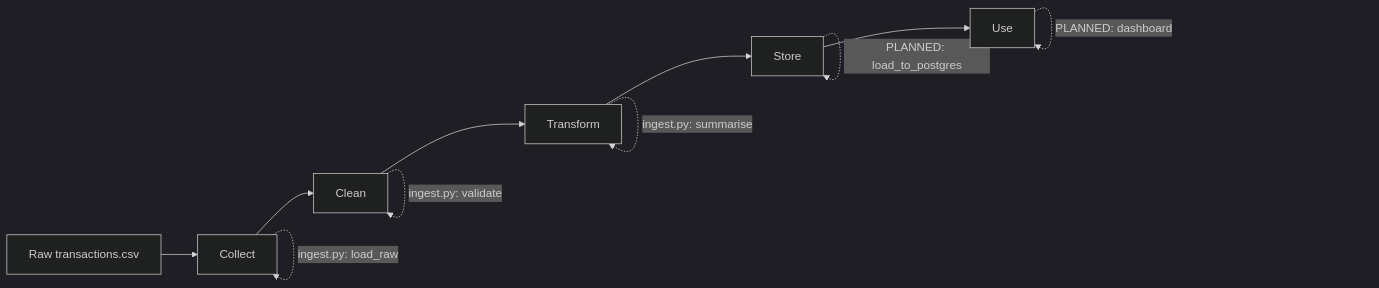
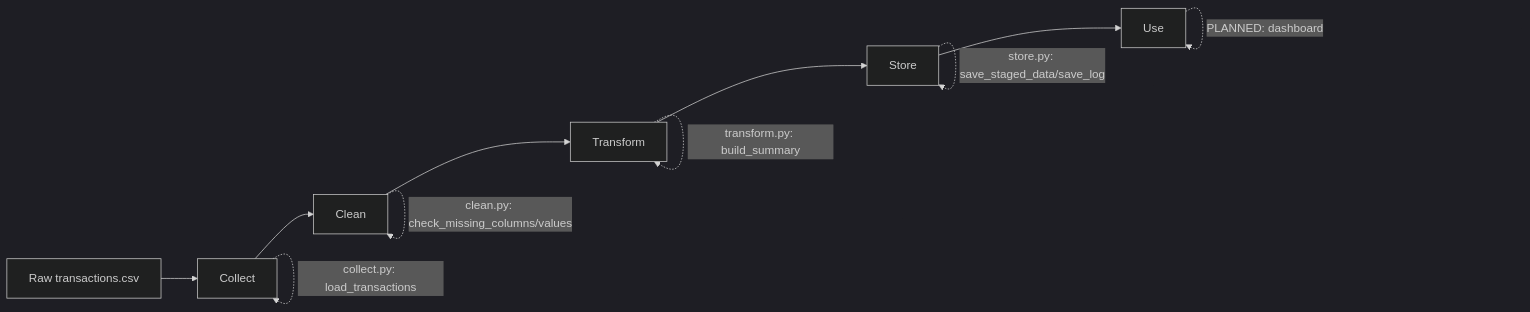
Before and after one commit to NokwaziX/banking_pipeline: the diagram in README.md, drawn with Mermaid (dark theme). The commit also changed other lines of this file and 10 other files, not shown here.

Commit message:
docs(readme): update structure, roadmap and status to match collect/clean/transform/store split

````diff
--- a/README.md
+++ b/README.md
@@ -31,14 +27,14 @@
 ```mermaid
 flowchart LR
     A[Raw transactions.csv] --> B[Collect]
     B --> C[Clean]
     C --> D[Transform]
     D --> E[Store]
     E --> F[Use]
 
-    B -.->|ingest.py: load_raw| B
-    C -.->|ingest.py: validate| C
-    D -.->|ingest.py: summarise| D
-    E -.->|PLANNED: load_to_postgres| E
+    B -.->|collect.py: load_transactions| B
+    C -.->|clean.py: check_missing_columns/values| C
+    D -.->|transform.py: build_summary| D
+    E -.->|store.py: save_staged_data/save_log| E
     F -.->|PLANNED: dashboard| F
 ```
````
